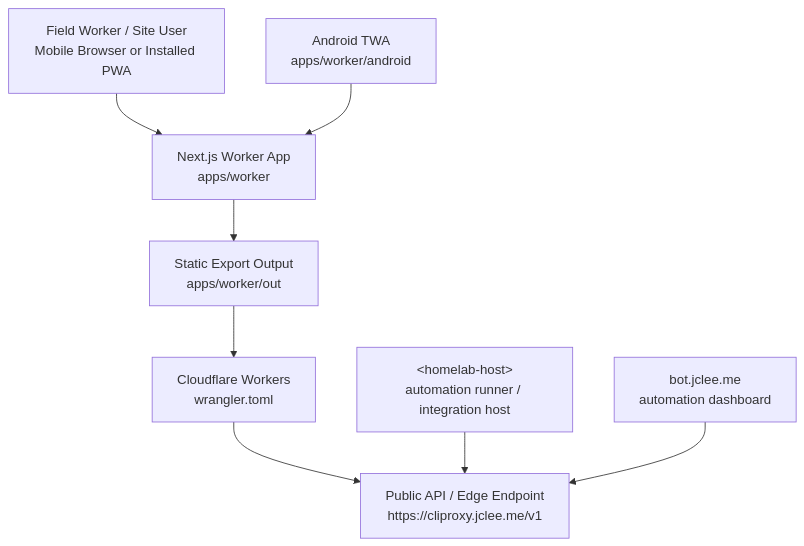
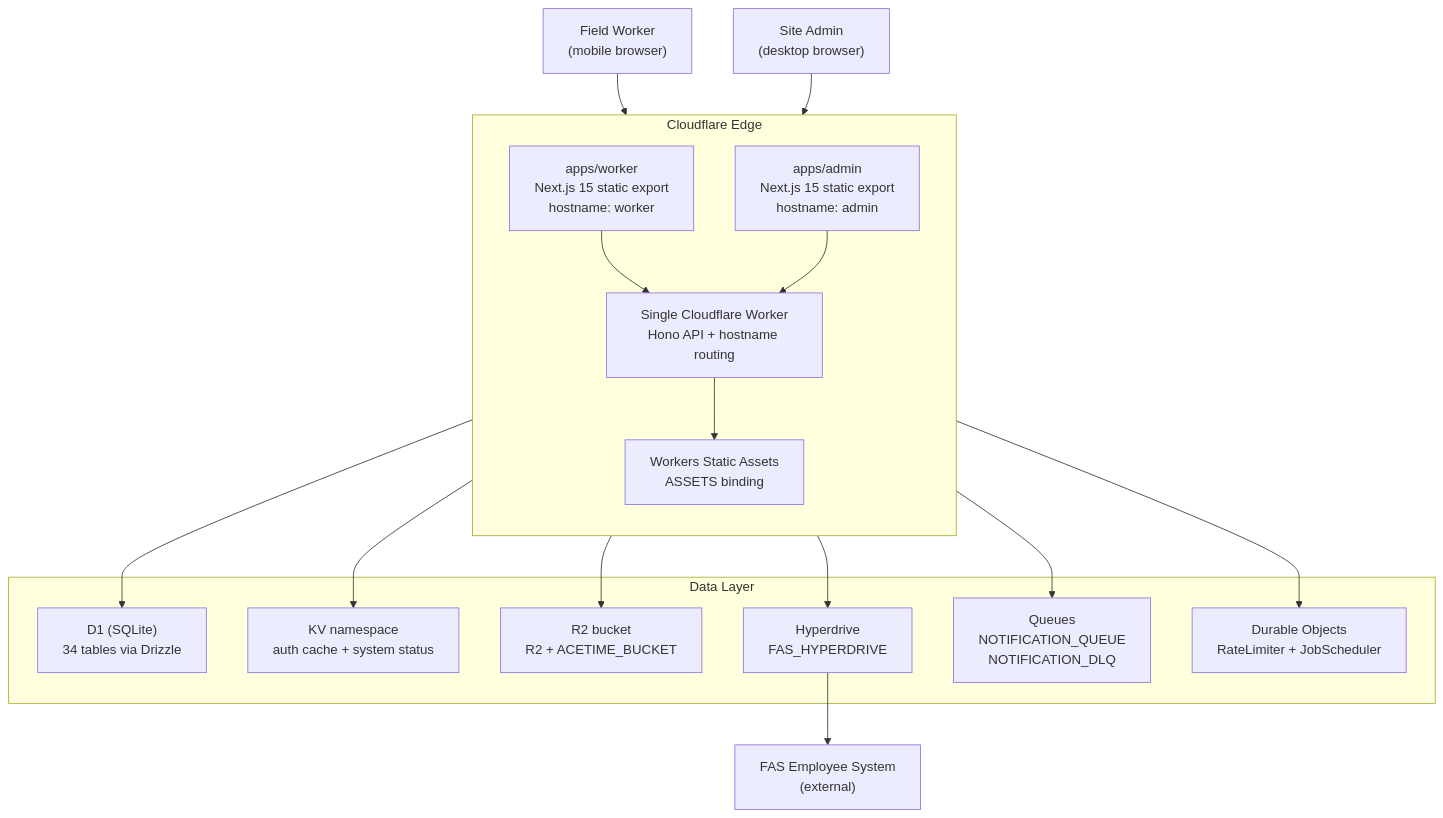
One commit to jclee941/safetywallet changed the diagram in README.md. Above: the diagram before and after it, drawn with Mermaid. The commit also changed other lines of this file, not shown here.

````diff
--- a/README.md
+++ b/README.md
@@ -46,19 +60,37 @@
 ```mermaid
-flowchart TD
-    User["Field Worker / Site User<br/>Mobile Browser or Installed PWA"]
-    Android["Android TWA<br/>apps/worker/android"]
-    WorkerApp["Next.js Worker App<br/>apps/worker"]
-    StaticExport["Static Export Output<br/>apps/worker/out"]
-    Cloudflare["Cloudflare Workers<br/>wrangler.toml"]
-    PublicEndpoint["Public API / Edge Endpoint<br/>https://cliproxy.jclee.me/v1"]
-    Host["&lt;homelab-host&gt;<br/>automation runner / integration host"]
-    Bot["bot.jclee.me<br/>automation dashboard"]
+flowchart TB
+    WorkerUser["Field Worker<br/>(mobile browser)"]
+    AdminUser["Site Admin<br/>(desktop browser)"]
 
-    User --> WorkerApp
-    Android --> WorkerApp
-    WorkerApp --> StaticExport
-    StaticExport --> Cloudflare
-    Cloudflare --> PublicEndpoint
-    Host --> PublicEndpoint
-    Bot --> PublicEndpoint
+    subgraph Edge["Cloudflare Edge"]
+        direction TB
+        WorkerSPA["apps/worker<br/>Next.js 15 static export<br/>hostname: worker"]
+        AdminSPA["apps/admin<br/>Next.js 15 static export<br/>hostname: admin"]
+        Router["Single Cloudflare Worker<br/>Hono API + hostname routing"]
+        ASSETS["Workers Static Assets<br/>ASSETS binding"]
+    end
+
+    subgraph Data["Data Layer"]
+        D1["D1 (SQLite)<br/>34 tables via Drizzle"]
+        KV["KV namespace<br/>auth cache + system status"]
+        R2["R2 bucket<br/>R2 + ACETIME_BUCKET"]
+        HD["Hyperdrive<br/>FAS_HYPERDRIVE"]
+        Q["Queues<br/>NOTIFICATION_QUEUE<br/>NOTIFICATION_DLQ"]
+        DO["Durable Objects<br/>RateLimiter + JobScheduler"]
+    end
+
+    FAS["FAS Employee System<br/>(external)"]
+
+    WorkerUser --> WorkerSPA
+    AdminUser --> AdminSPA
+    WorkerSPA --> Router
+    AdminSPA --> Router
+    Router --> ASSETS
+    Router --> D1
+    Router --> KV
+    Router --> R2
+    Router --> HD
+    Router --> Q
+    Router --> DO
+    HD --> FAS
 ```
````
